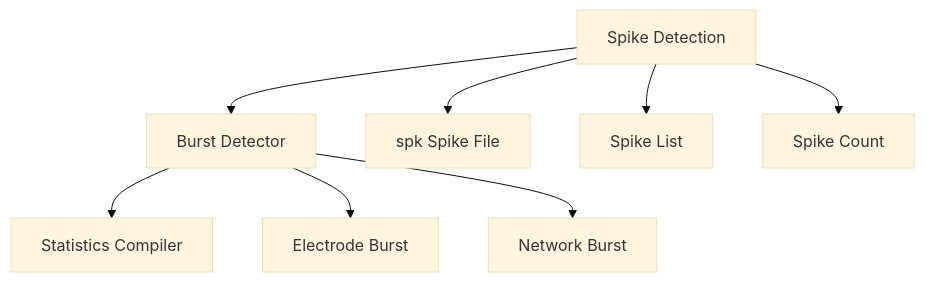
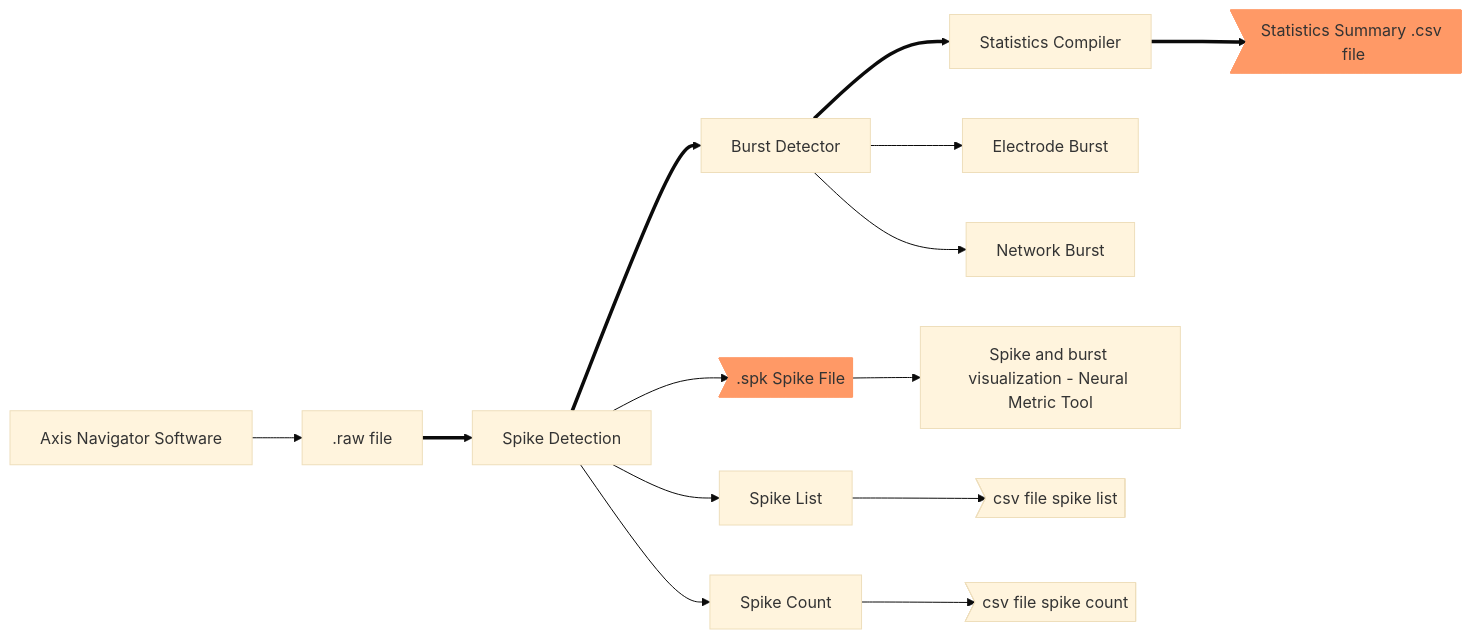
One commit to cmurga95/remote-blog changed the second of 3 diagrams in projectss/Multi Electrode Array Analysis.md. Above: the diagram before and after it, drawn with Mermaid (base theme). The commit also changed other lines of this file and 8 other files, not shown here.

````diff
--- a/projectss/Multi Electrode Array Analysis.md
+++ b/projectss/Multi Electrode Array Analysis.md
@@ -12,13 +19,19 @@
 ```mermaid
-graph TB
-	A[Spike Detection] --> B[Burst Detector] --> C[Statistics Compiler]
-	
-	A --> D[spk Spike File]
-	A --> E[Spike List]
-	A --> F[Spike Count]
-	
-	B --> G[Electrode Burst]
-	B --> H[Network Burst]
+graph LR
+    AAA["Axis Navigator Software"] --> R[.raw file] ==> A[Spike Detection]
+    
+    A ==> B[Burst Detector] ==> C[Statistics Compiler] ==> CSV>" Statistics Summary .csv file "]:::outputDoc
 
 
+    A --> D>".spk Spike File"]:::outputDoc
+    A --> E[Spike List] --> csvsl>"csv file spike list"]
+    A --> F[Spike Count] --> csvsc>"csv file spike count"]
+    
+    B --> G[Electrode Burst]
+    B --> H[Network Burst]
+
+
+	D --> NMT["Spike and burst visualization - Neural Metric Tool"]
+
+    classDef outputDoc fill:#f96,stroke:#f96
 ```
````
